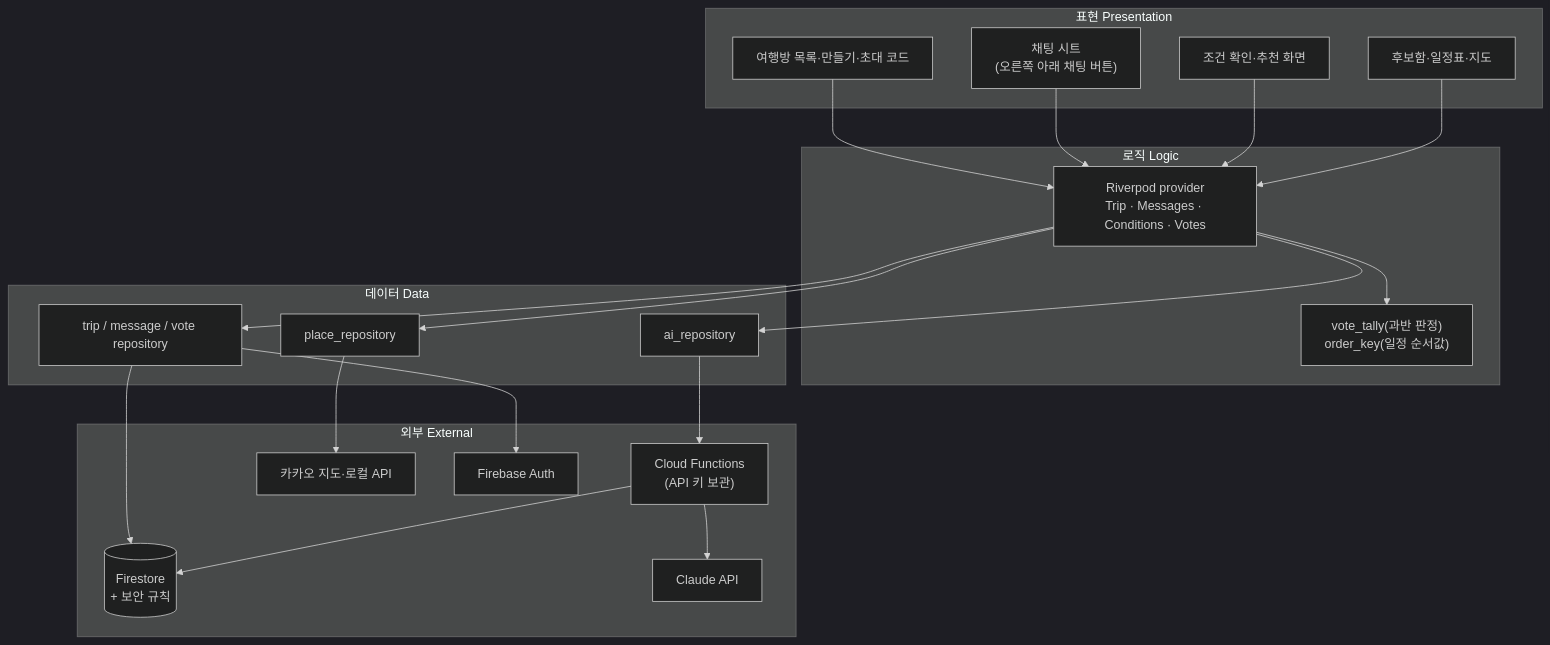
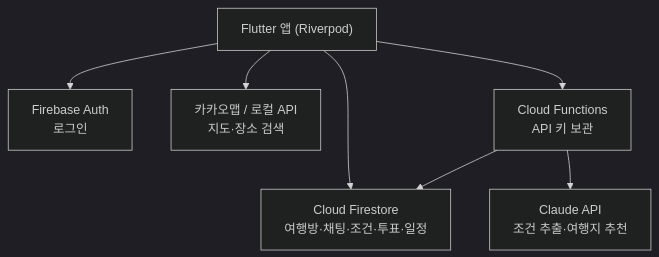
The diagram in docs/week-07.md (khwoo1803-hanyang/aix-2026f-team11), drawn with Mermaid (dark theme) before and after one commit. The commit also changed other lines of this file and 12 other files, not shown here.

````diff
--- a/docs/week-07.md
+++ b/docs/week-07.md
@@ -14,39 +11,10 @@
 ```mermaid
 graph TD
-    subgraph P["표현 Presentation"]
-        S1["여행방 목록·만들기·초대 코드"]
-        S2["채팅 시트<br/>(오른쪽 아래 채팅 버튼)"]
-        S3["조건 확인·추천 화면"]
-        S4["후보함·일정표·지도"]
-    end
-    subgraph L["로직 Logic"]
-        PR["Riverpod provider<br/>Trip · Messages · Conditions · Votes"]
-        RULE["vote_tally(과반 판정)<br/>order_key(일정 순서값)"]
-    end
-    subgraph D["데이터 Data"]
-        R1["trip / message / vote repository"]
-        R2["ai_repository"]
-        R3["place_repository"]
-    end
-    subgraph EXT["외부 External"]
-        FS[("Firestore<br/>+ 보안 규칙")]
-        CF["Cloud Functions<br/>(API 키 보관)"]
-        CL["Claude API"]
-        KK["카카오 지도·로컬 API"]
-        AU["Firebase Auth"]
-    end
-    S1 --> PR
-    S2 --> PR
-    S3 --> PR
-    S4 --> PR
-    PR --> RULE
-    PR --> R1
-    PR --> R2
-    PR --> R3
-    R1 --> FS
-    R1 --> AU
-    R2 --> CF
-    CF --> CL
-    CF --> FS
-    R3 --> KK
+    App["Flutter 앱 (Riverpod)"]
+    App --> Auth["Firebase Auth<br/>로그인"]
+    App --> Store["Cloud Firestore<br/>여행방·채팅·조건·투표·일정"]
+    App --> Kakao["카카오맵 / 로컬 API<br/>지도·장소 검색"]
+    App --> Fn["Cloud Functions<br/>API 키 보관"]
+    Fn --> Claude["Claude API<br/>조건 추출·여행지 추천"]
+    Fn --> Store
 ```
````
